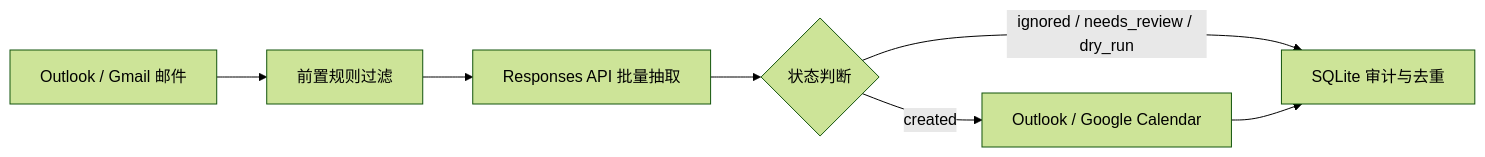
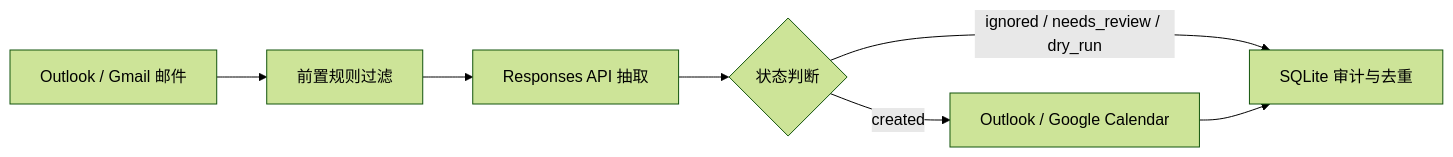
Before and after one commit to whitesweater/outlook-event-automation: the first of 2 diagrams in README.md, drawn with Mermaid (forest theme). The commit also changed other lines of this file and 5 other files, not shown here.

````diff
--- a/README.md
+++ b/README.md
@@ -26,9 +28,9 @@
 ```mermaid
 flowchart LR
   A["Outlook / Gmail 邮件"] --> B["前置规则过滤"]
-  B --> C["Responses API 批量抽取"]
+  B --> C["Responses API 抽取"]
   C --> D{"状态判断"}
   D -->|"created"| E["Outlook / Google Calendar"]
   D -->|"ignored / needs_review / dry_run"| F["SQLite 审计与去重"]
   E --> F
 ```
````
